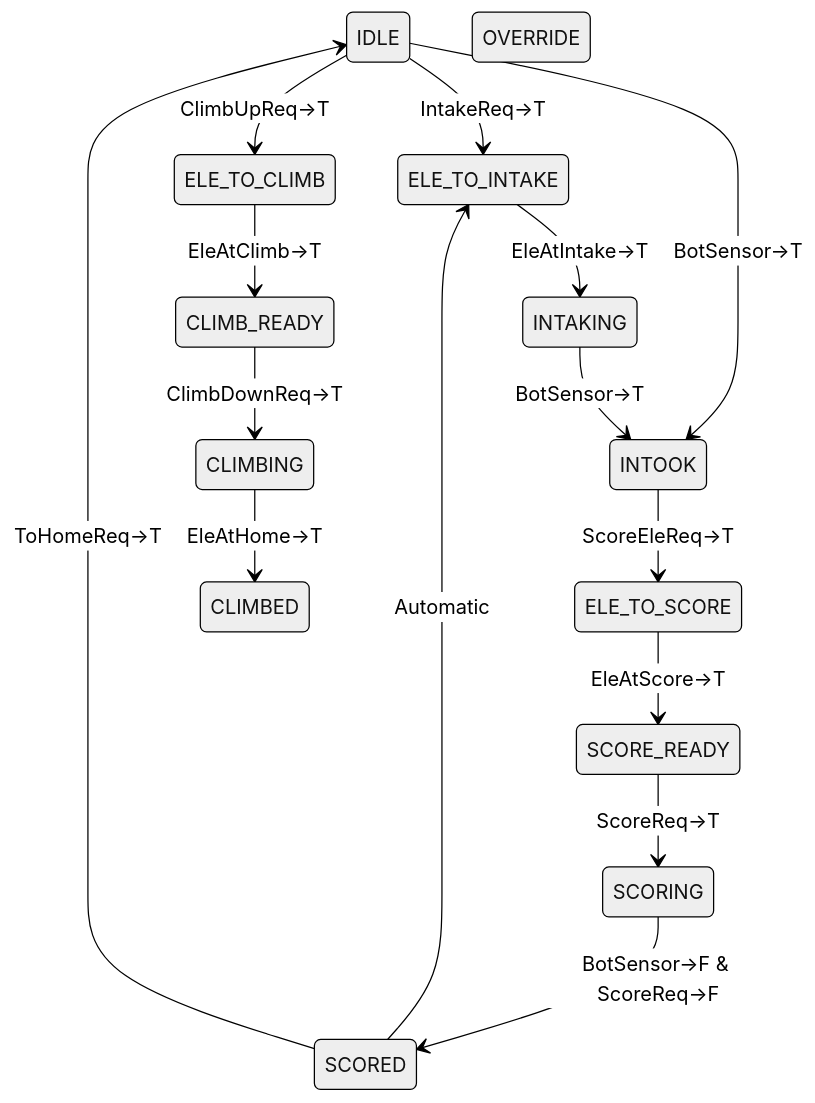
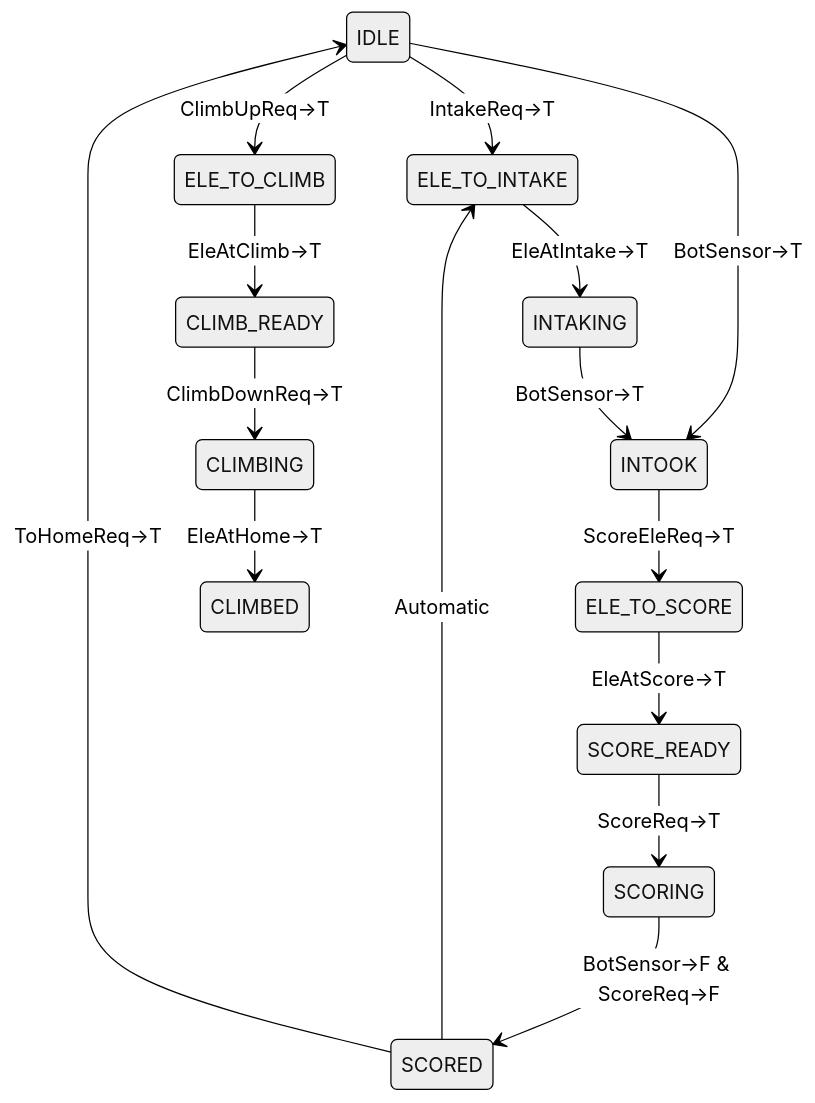
The diagram in docs/Superstructure.md (WaltonRobotics/Reefscape), drawn with Mermaid (neutral theme) before and after one commit. The commit also changed other lines of this file and 6 other files, not shown here.

````diff
--- a/docs/Superstructure.md
+++ b/docs/Superstructure.md
@@ -17,32 +17,31 @@
 ```mermaid
 stateDiagram
     state "IDLE" as s1
     state "ELE_TO_INTAKE" as s2
     state "INTAKING" as s3
     state "INTOOK" as s4
     state "ELE_TO_SCORE" as s5
     state "SCORE_READY" as s6
     state "SCORING" as s7
     state "SCORED" as s8
     state "ELE_TO_CLIMB" as s9
     state "CLIMB_READY" as s10
     state "CLIMBING" as s11
     state "CLIMBED" as s12
-    state "OVERRIDE" as s13
 
     s1 --> s2: IntakeReq->T
     s1 --> s4: BotSensor->T
     s2 --> s3: EleAtIntake->T
     s3 --> s4: BotSensor->T
     s4 --> s5: ScoreEleReq->T
     s5 --> s6: EleAtScore->T
     s6 --> s7: ScoreReq->T
     s7 --> s8: BotSensor->F & ScoreReq->F
     s8 --> s2: Automatic
     s8 --> s1: ToHomeReq->T
     s1 --> s9: ClimbUpReq->T
     s9 --> s10: EleAtClimb->T
     s10 --> s11: ClimbDownReq->T
     s11 --> s12: EleAtHome->T
 
 ```
````
